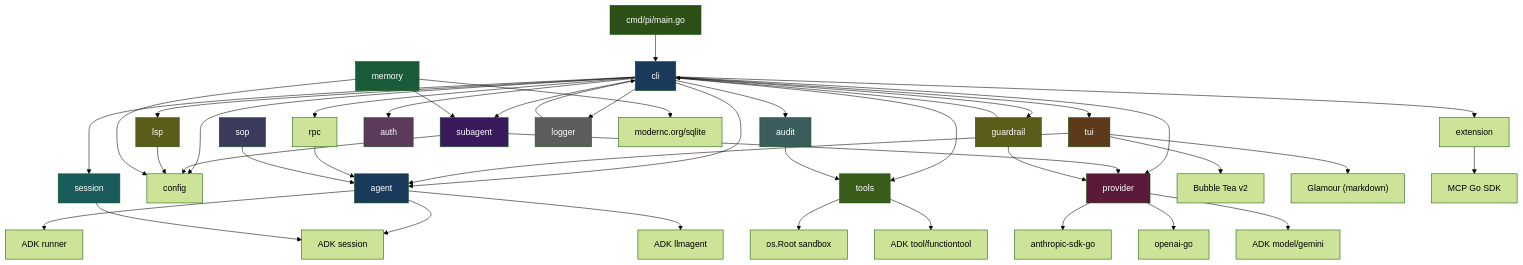
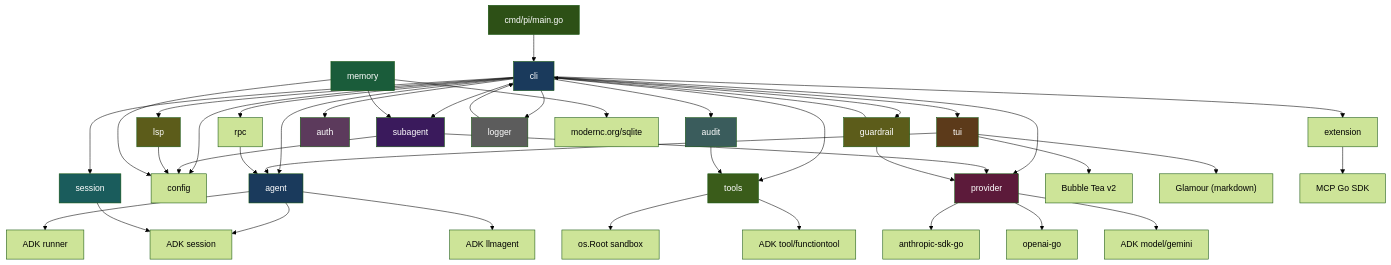
The first of 16 diagrams in ARCHITECTURE.md (Pizzaface/pi-go), drawn with Mermaid (forest theme) before and after one commit. The commit also changed other lines of this file and 21 other files, not shown here.

````diff
--- a/ARCHITECTURE.md
+++ b/ARCHITECTURE.md
@@ -34,73 +33,70 @@
 ```mermaid
 graph TD
     main["cmd/pi/main.go"] --> cli["cli"]
     cli --> agent["agent"]
     cli --> config["config"]
     cli --> provider["provider"]
     cli --> tools["tools"]
     cli --> extension["extension"]
     cli --> session["session"]
     cli --> tui["tui"]
     cli --> rpc["rpc"]
     cli --> subagent["subagent"]
     cli --> lsp["lsp"]
     cli --> guardrail["guardrail"]
     cli --> auth["auth"]
     cli --> audit["audit"]
     cli --> logger["logger"]
 
     agent --> adk_runner["ADK runner"]
     agent --> adk_llmagent["ADK llmagent"]
     agent --> adk_session["ADK session"]
 
     provider --> anthropic_sdk["anthropic-sdk-go"]
     provider --> openai_sdk["openai-go"]
     provider --> adk_gemini["ADK model/gemini"]
 
     tools --> sandbox["os.Root sandbox"]
     tools --> adk_tool["ADK tool/functiontool"]
 
     subagent --> config
     subagent --> provider
 
     lsp --> config
 
     tui --> bubbletea["Bubble Tea v2"]
     tui --> glamour["Glamour (markdown)"]
     tui --> agent
 
     rpc --> agent
 
     extension --> mcp_sdk["MCP Go SDK"]
 
     session --> adk_session
 
     guardrail --> cli
     guardrail --> provider
 
     memory["memory"] --> sqlite["modernc.org/sqlite"]
     memory --> subagent
     memory --> config
 
-    sop["sop"] --> agent
-
     audit --> tools
 
     logger --> cli
 
     style main fill:#2d5016,color:#fff
     style cli fill:#1a3a5c,color:#fff
     style agent fill:#1a3a5c,color:#fff
     style provider fill:#5c1a3a,color:#fff
     style tools fill:#3a5c1a,color:#fff
     style tui fill:#5c3a1a,color:#fff
     style session fill:#1a5c5c,color:#fff
     style subagent fill:#3a1a5c,color:#fff
     style lsp fill:#5c5c1a,color:#fff
     style guardrail fill:#5c5c1a,color:#fff
     style auth fill:#5c3a5c,color:#fff
     style audit fill:#3a5c5c,color:#fff
     style logger fill:#5c5c5c,color:#fff
     style memory fill:#1a5c3a,color:#fff
-    style sop fill:#3a3a5c,color:#fff
 ```
````
